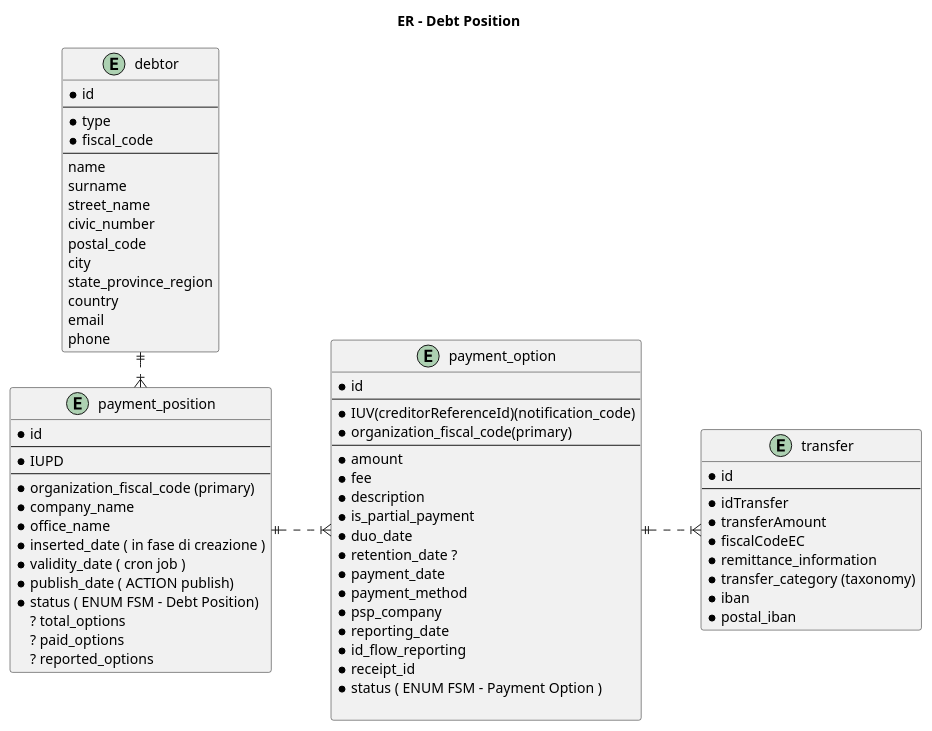
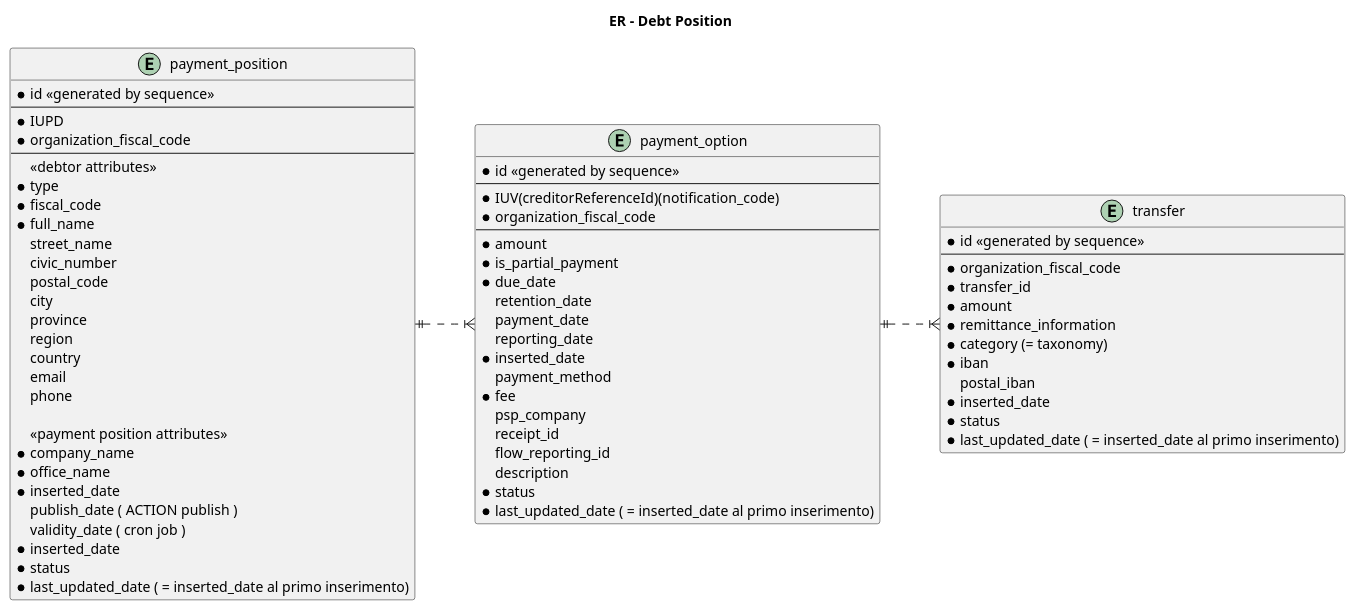
One commit to pagopa/pagopa-debt-position changed the diagram in gpd/doc/db/re.puml. Above: the diagram before and after it, drawn with PlantUML. The commit also changed 35 other files, not shown here.

```diff
--- a/gpd/doc/db/re.puml
+++ b/gpd/doc/db/re.puml
@@ -1,80 +1,80 @@
 @startuml ER-debtPosition
 left to right direction
 
 title ER - Debt Position
 
-entity debtor {
-  * id
+
+entity payment_position {
+  * id <<generated by sequence>>
   --
+  * IUPD
+  * organization_fiscal_code
+  --
+  <<debtor attributes>>
   * type
   * fiscal_code
-  --
-  name
-  surname
+  * full_name
   street_name
   civic_number
   postal_code
   city
-  state_province_region
+  province
+  region
   country
   email
   phone
+  
+  <<payment position attributes>>
+  * company_name
+  * office_name
+  * inserted_date 
+    publish_date ( ACTION publish )
+    validity_date ( cron job )
+  * inserted_date 
+  * status 
+  * last_updated_date ( = inserted_date al primo inserimento)
 }
 
-entity payment_position {
-  * id
+
+entity payment_option {
+  * id <<generated by sequence>>
   --
-  * IUPD
+  * IUV(creditorReferenceId)(notification_code)
+  * organization_fiscal_code
   --
-  * organization_fiscal_code (primary)
-  * company_name
-  * office_name
-  * inserted_date ( in fase di creazione )
-  * validity_date ( cron job )
-  * publish_date ( ACTION publish)
-  * status ( ENUM FSM - Debt Position)
-  ? total_options
-  ? paid_options
-  ? reported_options
+  * amount
+  * is_partial_payment
+  * due_date
+    retention_date
+    payment_date
+    reporting_date
+  * inserted_date
+    payment_method
+  * fee
+    psp_company
+    receipt_id
+    flow_reporting_id
+    description
+  * status
+  * last_updated_date ( = inserted_date al primo inserimento)
 }
 
-entity payment_option {
-  * id
+
+entity transfer {
+  * id <<generated by sequence>>
   --
-  * IUV(creditorReferenceId)(notification_code)
-  * organization_fiscal_code(primary)
-  --
+  * organization_fiscal_code
+  * transfer_id
   * amount
-  * fee
-  * description
-  * is_partial_payment
-  * duo_date
-  * retention_date ?
-  ' payment info
-  * payment_date
-  * payment_method
-  * psp_company
-  ' rendicontazione
-  * reporting_date
-  * id_flow_reporting
-  * receipt_id
-  * status ( ENUM FSM - Payment Option )
-
+  * remittance_information
+  * category (= taxonomy)
+  * iban
+    postal_iban
+  * inserted_date
+  * status
+  * last_updated_date ( = inserted_date al primo inserimento) 
 }
 
-entity transfer {
-  * id
-  --
-  * idTransfer
-  * transferAmount
-  * fiscalCodeEC
-  * remittance_information
-  * transfer_category (taxonomy)
-  * iban
-  * postal_iban
-}
-
-debtor ||.|{ payment_position
 payment_position ||..|{ payment_option
 payment_option ||..|{ transfer
 @enduml
```
